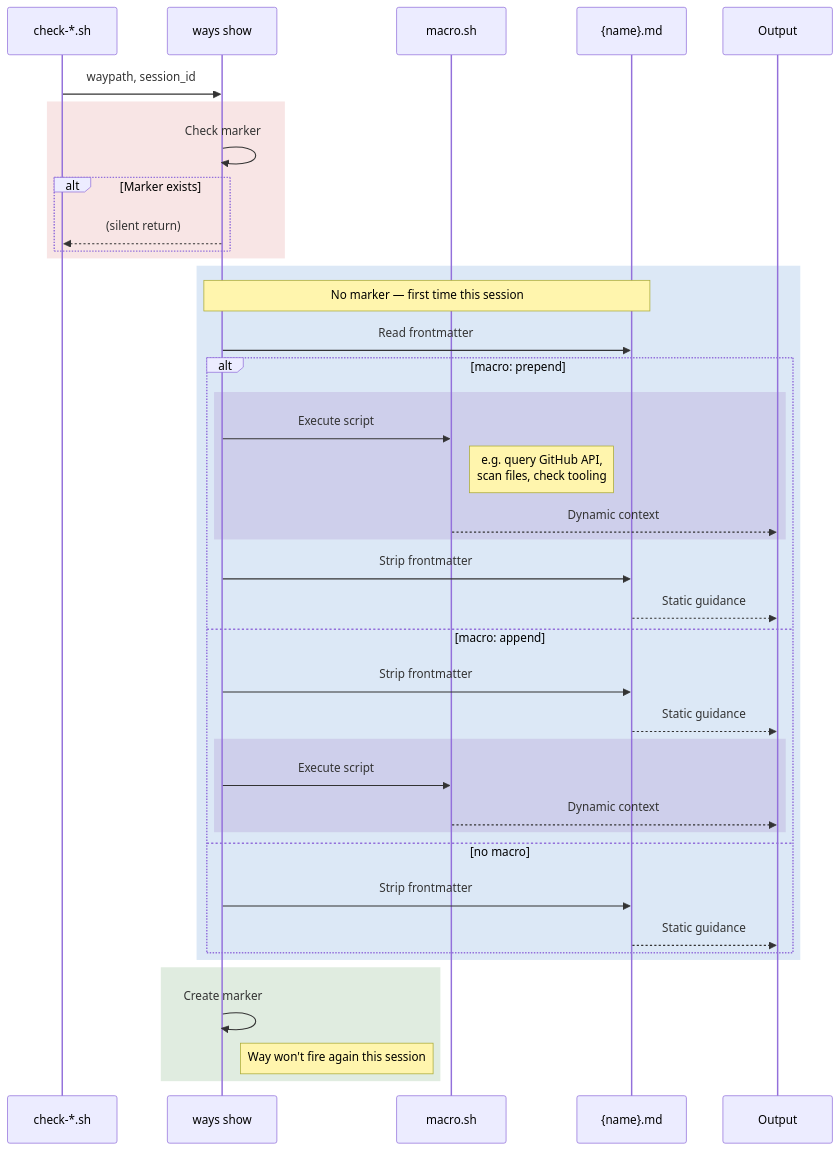
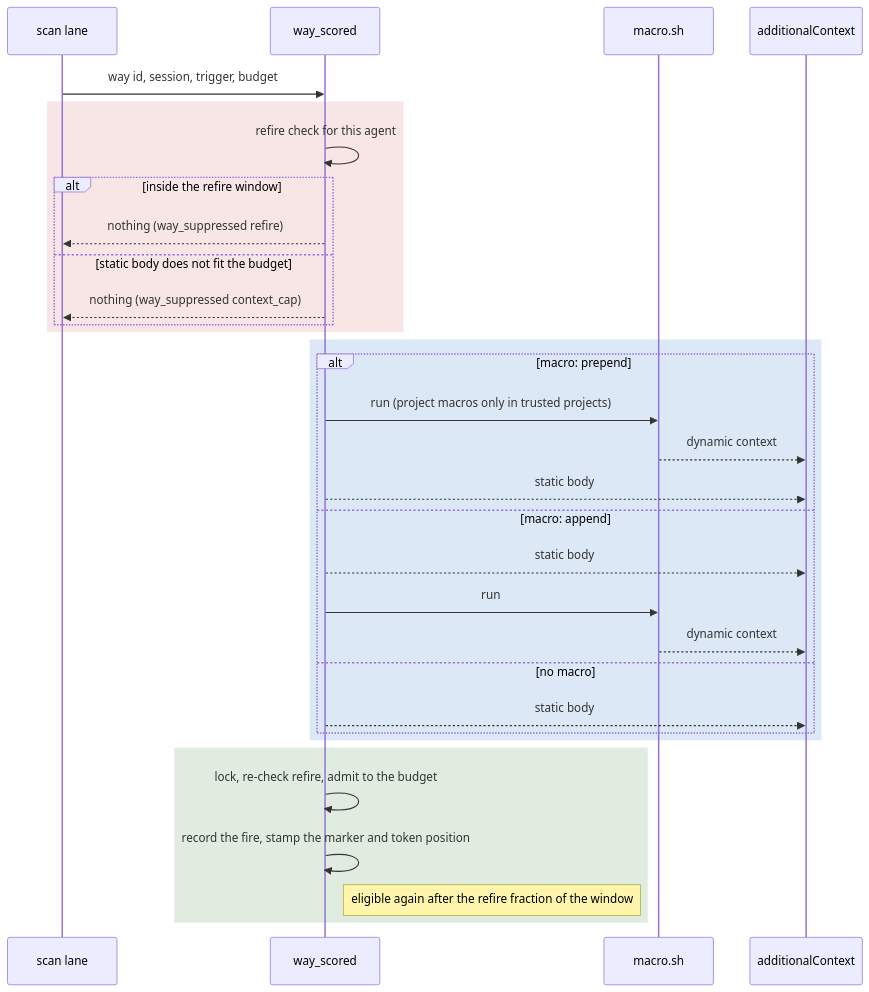
The tenth of 13 diagrams in docs/architecture.md (aaronsb/agent-ways), drawn with Mermaid before and after one commit. The commit also changed other lines of this file and 7 other files, not shown here.

First line of the commit message:
docs(architecture): redraw the ways pipeline for the judge, late-interaction and per-agent state

````diff
--- a/docs/architecture.md
+++ b/docs/architecture.md
@@ -337,47 +435,38 @@
 ```mermaid
 sequenceDiagram
-    participant Hook as check-*.sh
-    participant Show as ways show
+    participant Lane as scan lane
+    participant Show as way_scored
     participant Macro as macro.sh
-    participant Way as {name}.md
-    participant Out as Output
+    participant Out as additionalContext
 
-    Hook->>Show: waypath, session_id
+    Lane->>Show: way id, session, trigger, budget
 
     rect rgba(198, 40, 40, 0.12)
-        Show->>Show: Check marker
-        alt Marker exists
-            Show-->>Hook: (silent return)
+        Show->>Show: refire check for this agent
+        alt inside the refire window
+            Show-->>Lane: nothing (way_suppressed refire)
+        else static body does not fit the budget
+            Show-->>Lane: nothing (way_suppressed context_cap)
         end
     end
 
     rect rgba(21, 101, 192, 0.15)
-        Note over Show,Way: No marker — first time this session
-        Show->>Way: Read frontmatter
-
         alt macro: prepend
-            rect rgba(106, 27, 154, 0.12)
-                Show->>Macro: Execute script
-                Note right of Macro: e.g. query GitHub API,<br/>scan files, check tooling
-                Macro-->>Out: Dynamic context
-            end
-            Show->>Way: Strip frontmatter
-            Way-->>Out: Static guidance
+            Show->>Macro: run (project macros only in trusted projects)
+            Macro-->>Out: dynamic context
+            Show-->>Out: static body
         else macro: append
-            Show->>Way: Strip frontmatter
-            Way-->>Out: Static guidance
-            rect rgba(106, 27, 154, 0.12)
-                Show->>Macro: Execute script
-                Macro-->>Out: Dynamic context
-            end
+            Show-->>Out: static body
+            Show->>Macro: run
+            Macro-->>Out: dynamic context
         else no macro
-            Show->>Way: Strip frontmatter
-            Way-->>Out: Static guidance
+            Show-->>Out: static body
         end
     end
 
     rect rgba(46, 125, 50, 0.15)
-        Show->>Show: Create marker
-        Note right of Show: Way won't fire again this session
+        Show->>Show: lock, re-check refire, admit to the budget
+        Show->>Show: record the fire, stamp the marker and token position
+        Note right of Show: eligible again after the refire fraction of the window
     end
 ```
````
